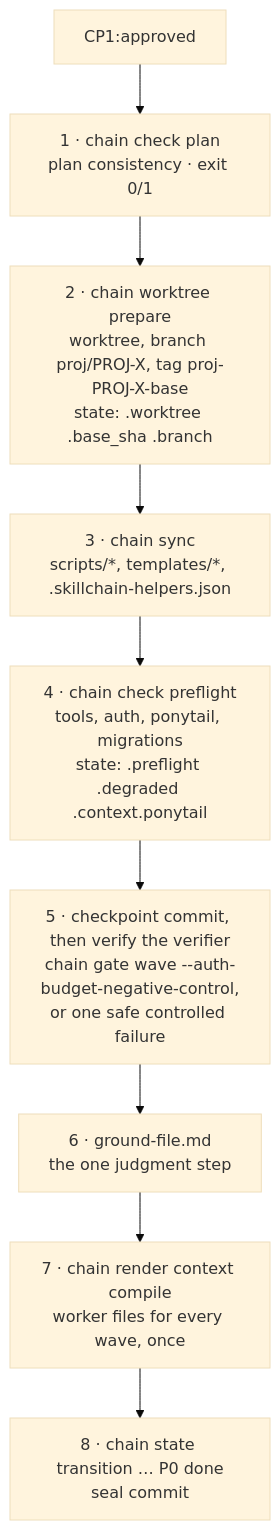
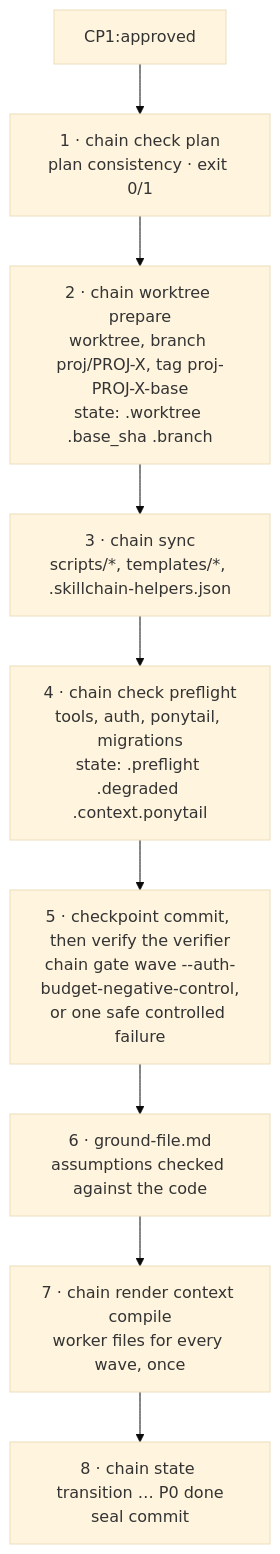
Before and after one commit to lycantropus/agentic-development-skill-chain: the diagram in docs/how-it-works.md, drawn with Mermaid (base theme). The commit also changed other lines of this file and 5 other files, not shown here.

````diff
--- a/docs/how-it-works.md
+++ b/docs/how-it-works.md
@@ -50,11 +50,11 @@
 ```mermaid
 flowchart TD
   CP1["CP1:approved"] --> A["1 · chain check plan<br/>plan consistency · exit 0/1"]
   A --> B["2 · chain worktree prepare<br/>worktree, branch proj/PROJ-X, tag proj-PROJ-X-base<br/>state: .worktree .base_sha .branch"]
   B --> C["3 · chain sync<br/>scripts/*, templates/*, .skillchain-helpers.json"]
   C --> D["4 · chain check preflight<br/>tools, auth, ponytail, migrations<br/>state: .preflight .degraded .context.ponytail"]
   D --> E["5 · checkpoint commit, then verify the verifier<br/>chain gate wave --auth-budget-negative-control,<br/>or one safe controlled failure"]
-  E --> F["6 · ground-file.md<br/>the one judgment step"]
+  E --> F["6 · ground-file.md<br/>assumptions checked against the code"]
   F --> G["7 · chain render context compile<br/>worker files for every wave, once"]
   G --> H["8 · chain state transition … P0 done<br/>seal commit"]
 ```
````
